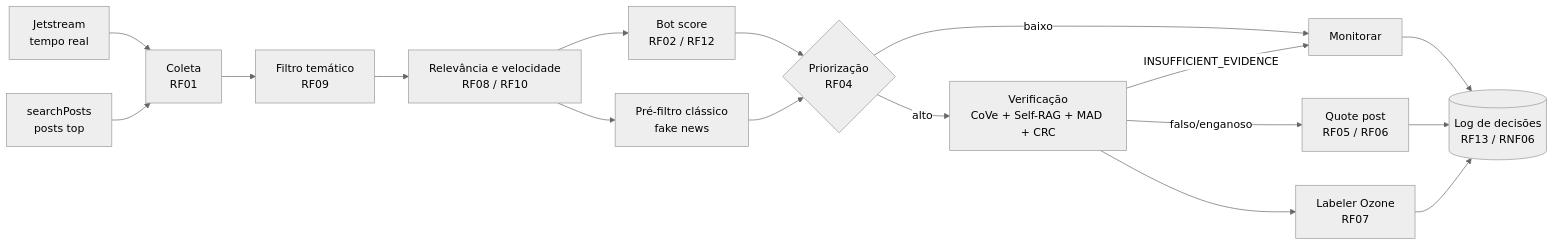
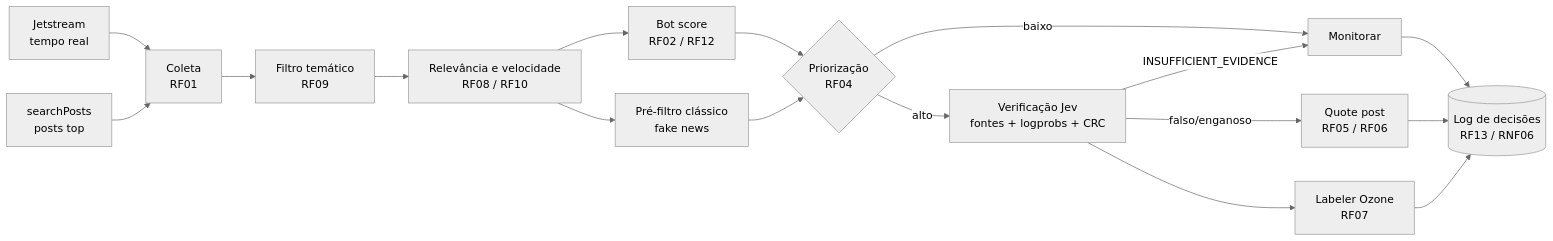
One commit to moonshinerd/ContrarIA changed the diagram in docs/arquitetura/index.md. Above: the diagram before and after it, drawn with Mermaid (neutral theme). The commit also changed other lines of this file and 14 other files, not shown here.

````diff
--- a/docs/arquitetura/index.md
+++ b/docs/arquitetura/index.md
@@ -5,19 +5,19 @@
 ```mermaid
 flowchart LR
     J[Jetstream<br/>tempo real] --> C[Coleta<br/>RF01]
     S[searchPosts<br/>posts top] --> C
     C --> T[Filtro temático<br/>RF09]
     T --> R[Relevância e velocidade<br/>RF08 / RF10]
     R --> B[Bot score<br/>RF02 / RF12]
     R --> F[Pré-filtro clássico<br/>fake news]
     B --> P{Priorização<br/>RF04}
     F --> P
     P -- baixo --> M[Monitorar]
-    P -- alto --> V[Verificação<br/>CoVe + Self-RAG + MAD + CRC]
+    P -- alto --> V[Verificação Jev<br/>fontes + logprobs + CRC]
     V -- INSUFFICIENT_EVIDENCE --> M
     V -- falso/enganoso --> I[Quote post<br/>RF05 / RF06]
     V --> L[Labeler Ozone<br/>RF07]
     I --> D[(Log de decisões<br/>RF13 / RNF06)]
     L --> D
     M --> D
 ```
````
